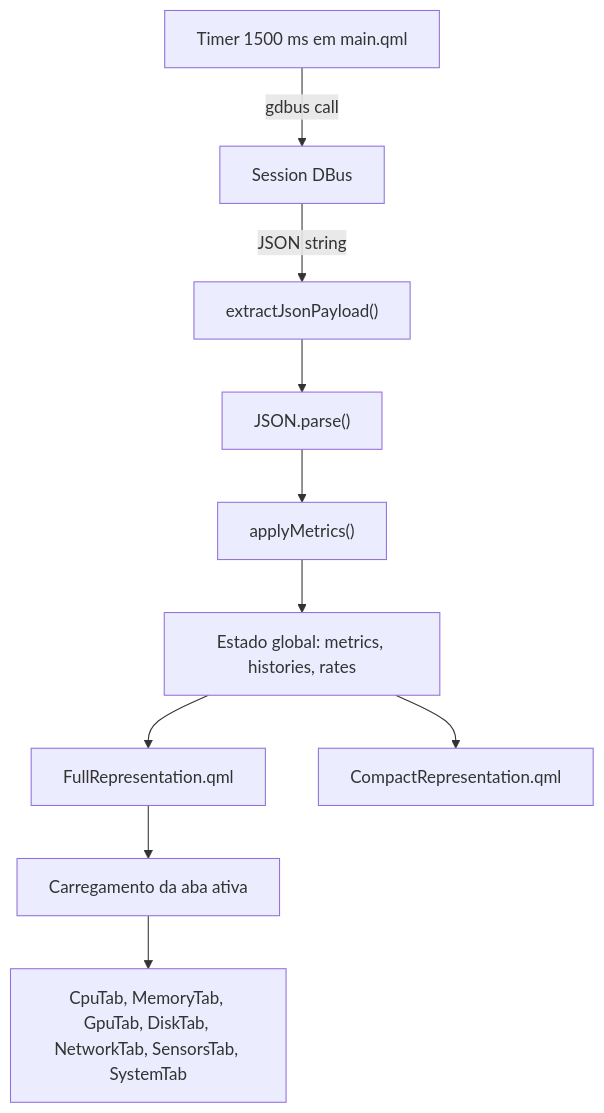
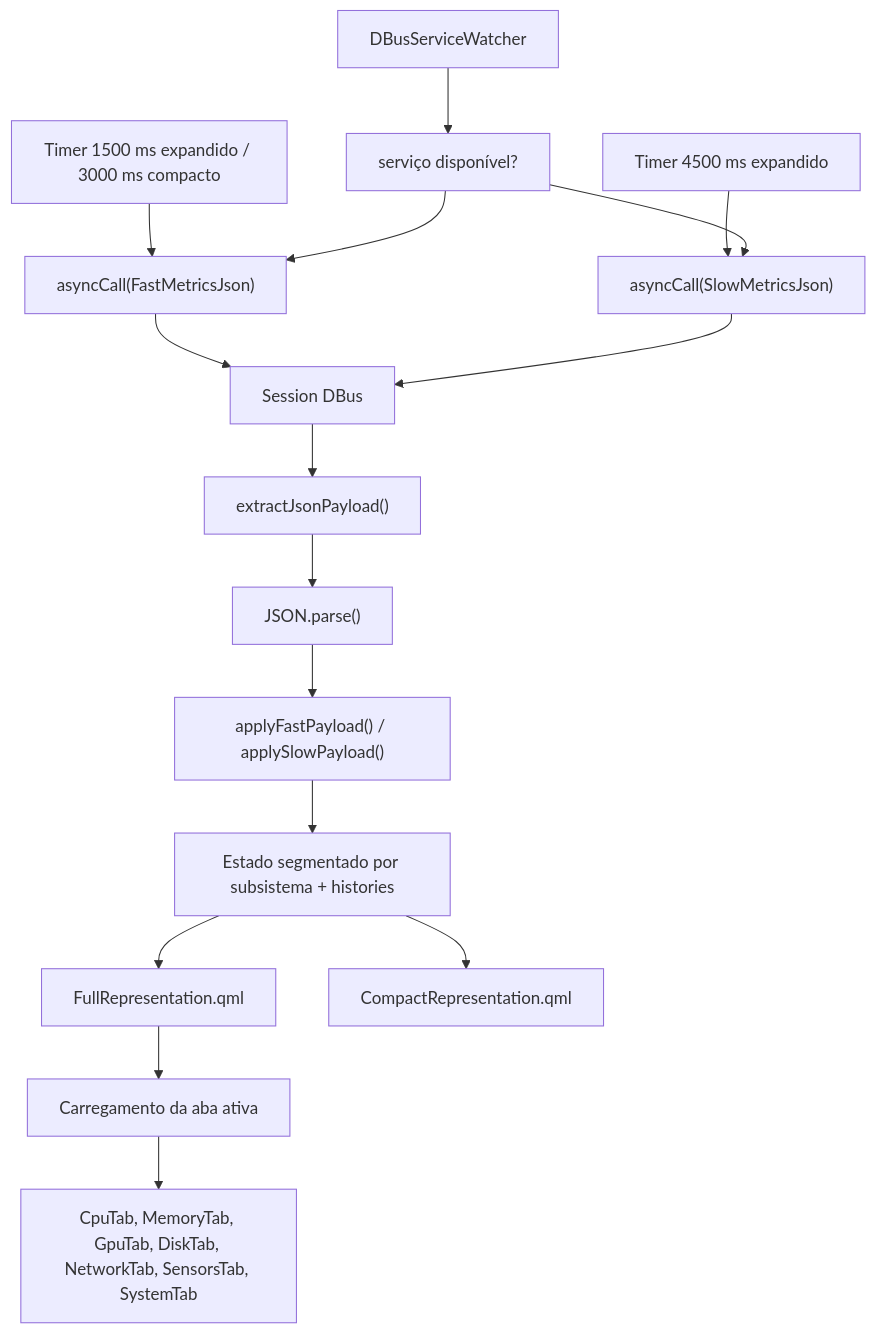
One commit to marcos2872/rust-monitor-tray changed the diagram in docs/frontend.md. Above: the diagram before and after it, drawn with Mermaid. The commit also changed other lines of this file and 22 other files, not shown here.

````diff
--- a/docs/frontend.md
+++ b/docs/frontend.md
@@ -23,12 +23,18 @@
 ```mermaid
 flowchart TD
-    Timer["Timer 1500 ms em main.qml"] -->|gdbus call| DBus["Session DBus"]
-    DBus -->|JSON string| Extract["extractJsonPayload()"]
+    Watcher["DBusServiceWatcher"] --> StateCheck["serviço disponível?"]
+    FastTimer["Timer 1500 ms expandido / 3000 ms compacto"] --> FastCall["asyncCall(FastMetricsJson)"]
+    SlowTimer["Timer 4500 ms expandido"] --> SlowCall["asyncCall(SlowMetricsJson)"]
+    StateCheck --> FastCall
+    StateCheck --> SlowCall
+    FastCall --> DBus["Session DBus"]
+    SlowCall --> DBus
+    DBus --> Extract["extractJsonPayload()"]
     Extract --> Parse["JSON.parse()"]
-    Parse --> Apply["applyMetrics()"]
-    Apply --> State["Estado global: metrics, histories, rates"]
+    Parse --> Apply["applyFastPayload() / applySlowPayload()"]
+    Apply --> State["Estado segmentado por subsistema + histories"]
     State --> Full["FullRepresentation.qml"]
     State --> Compact["CompactRepresentation.qml"]
     Full --> Loader["Carregamento da aba ativa"]
     Loader --> Tabs["CpuTab, MemoryTab, GpuTab, DiskTab, NetworkTab, SensorsTab, SystemTab"]
 ```
````
